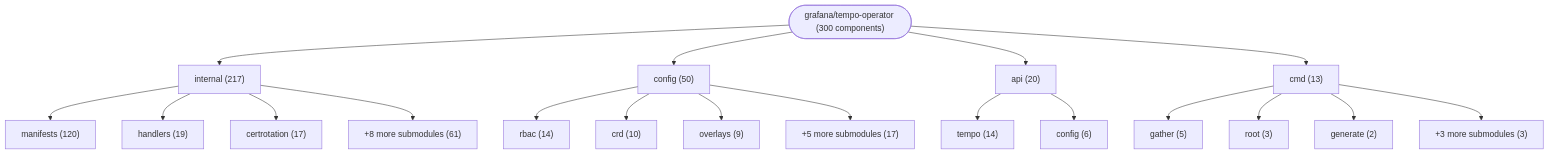
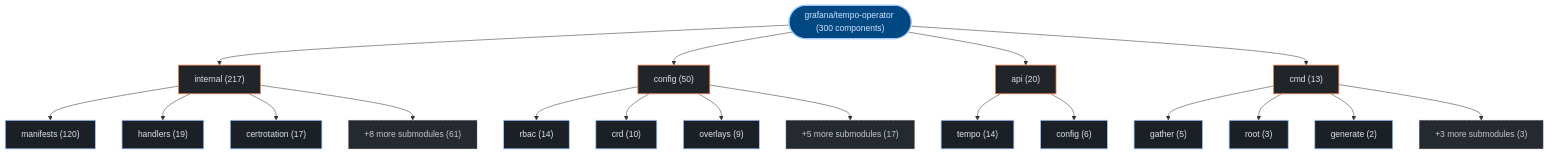
The first of 3 diagrams in exports/latest/reports/grafana-tempo-operator-report.md (kumarshaz/atruss-code-atlas), drawn with Mermaid before and after one commit. The commit also changed other lines of this file and 331 other files, not shown here.

Commit message:
docs,ui,fix: update SDLC docs, reorder CI/CD DAG first, stylize Mermaid, and fix Arc42 pipeline topology

````diff
--- a/exports/latest/reports/grafana-tempo-operator-report.md
+++ b/exports/latest/reports/grafana-tempo-operator-report.md
@@ -42,40 +42,47 @@
 ```mermaid
 graph TD;
-    repo_root(["grafana/tempo-operator (300 components)"])
-    dir_0_internal["internal (217)"]
+  classDef atlasRoot fill:#004882,stroke:#a3c9ff,stroke-width:2px,color:#d3e4ff
+  classDef atlasCategory fill:#212428,stroke:#E87A48,stroke-width:1.5px,color:#dfe3eb
+  classDef atlasWorkflow fill:#1b2026,stroke:#a3c9ff,stroke-width:1.5px,color:#dfe3eb
+  classDef atlasJob fill:#171c22,stroke:#8d9199,stroke-width:1px,color:#dfe3eb
+  classDef atlasTarget fill:#005227,stroke:#8bd99b,stroke-width:1.5px,color:#a7f6b6
+  classDef atlasAlert fill:#93000a,stroke:#ffb4ab,stroke-width:1.5px,color:#ffdad6
+  classDef atlasMore fill:#252a31,stroke:#8d9199,stroke-dasharray:4 4,color:#c3c6cf
+    repo_root(["grafana/tempo-operator (300 components)"]):::atlasRoot
+    dir_0_internal["internal (217)"]:::atlasCategory
     repo_root --> dir_0_internal
-    sub_0_0_manifests["manifests (120)"]
+    sub_0_0_manifests["manifests (120)"]:::atlasWorkflow
     dir_0_internal --> sub_0_0_manifests
-    sub_0_1_handlers["handlers (19)"]
+    sub_0_1_handlers["handlers (19)"]:::atlasWorkflow
     dir_0_internal --> sub_0_1_handlers
-    sub_0_2_certrotation["certrotation (17)"]
+    sub_0_2_certrotation["certrotation (17)"]:::atlasWorkflow
     dir_0_internal --> sub_0_2_certrotation
-    sub_0_more["+8 more submodules (61)"]
+    sub_0_more["+8 more submodules (61)"]:::atlasMore
     dir_0_internal --> sub_0_more
-    dir_1_config["config (50)"]
+    dir_1_config["config (50)"]:::atlasCategory
     repo_root --> dir_1_config
-    sub_1_0_rbac["rbac (14)"]
+    sub_1_0_rbac["rbac (14)"]:::atlasWorkflow
     dir_1_config --> sub_1_0_rbac
-    sub_1_1_crd["crd (10)"]
+    sub_1_1_crd["crd (10)"]:::atlasWorkflow
     dir_1_config --> sub_1_1_crd
-    sub_1_2_overlays["overlays (9)"]
+    sub_1_2_overlays["overlays (9)"]:::atlasWorkflow
     dir_1_config --> sub_1_2_overlays
-    sub_1_more["+5 more submodules (17)"]
+    sub_1_more["+5 more submodules (17)"]:::atlasMore
     dir_1_config --> sub_1_more
-    dir_2_api["api (20)"]
+    dir_2_api["api (20)"]:::atlasCategory
     repo_root --> dir_2_api
-    sub_2_0_tempo["tempo (14)"]
+    sub_2_0_tempo["tempo (14)"]:::atlasWorkflow
     dir_2_api --> sub_2_0_tempo
-    sub_2_1_config["config (6)"]
+    sub_2_1_config["config (6)"]:::atlasWorkflow
     dir_2_api --> sub_2_1_config
-    dir_3_cmd["cmd (13)"]
+    dir_3_cmd["cmd (13)"]:::atlasCategory
     repo_root --> dir_3_cmd
-    sub_3_0_gather["gather (5)"]
+    sub_3_0_gather["gather (5)"]:::atlasWorkflow
     dir_3_cmd --> sub_3_0_gather
-    sub_3_1_root["root (3)"]
+    sub_3_1_root["root (3)"]:::atlasWorkflow
     dir_3_cmd --> sub_3_1_root
-    sub_3_2_generate["generate (2)"]
+    sub_3_2_generate["generate (2)"]:::atlasWorkflow
     dir_3_cmd --> sub_3_2_generate
-    sub_3_more["+3 more submodules (3)"]
+    sub_3_more["+3 more submodules (3)"]:::atlasMore
     dir_3_cmd --> sub_3_more
 ```
````
